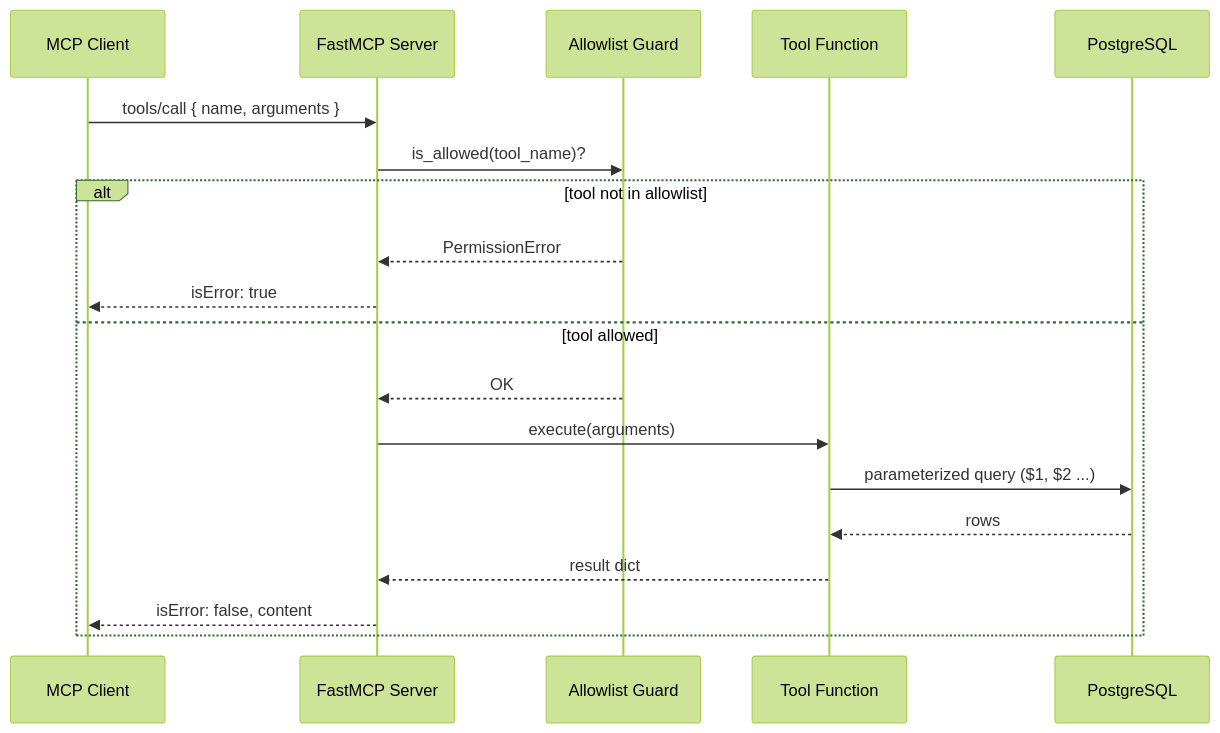
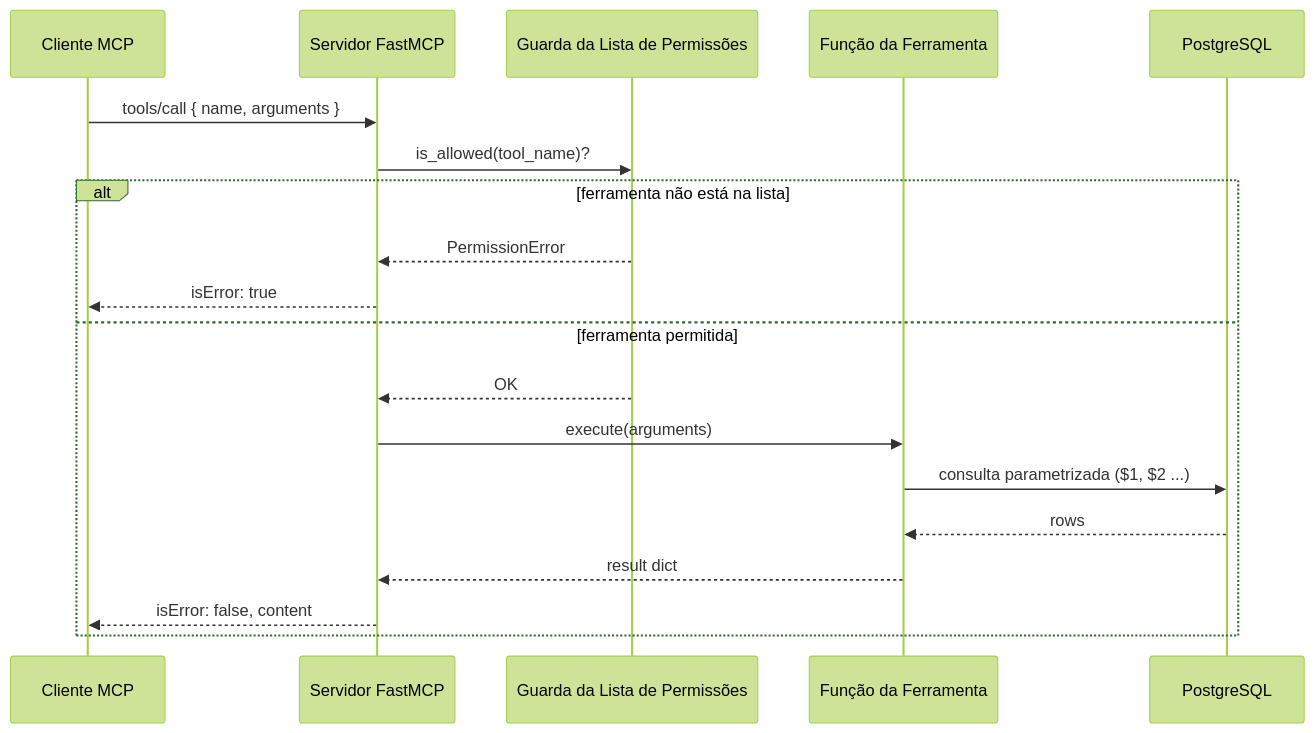
One commit to jrhumberto/fastmcp-public-service changed the second of 8 diagrams in README.md. Above: the diagram before and after it, drawn with Mermaid (forest theme). The commit also changed other lines of this file, not shown here.

````diff
--- a/README.md
+++ b/README.md
@@ -152,22 +199,22 @@
 ```mermaid
 sequenceDiagram
-    participant C as MCP Client
-    participant S as FastMCP Server
-    participant AL as Allowlist Guard
-    participant T as Tool Function
+    participant C as Cliente MCP
+    participant S as Servidor FastMCP
+    participant AL as Guarda da Lista de Permissões
+    participant T as Função da Ferramenta
     participant DB as PostgreSQL
 
     C->>S: tools/call { name, arguments }
     S->>AL: is_allowed(tool_name)?
-    alt tool not in allowlist
+    alt ferramenta não está na lista
         AL-->>S: PermissionError
         S-->>C: isError: true
-    else tool allowed
+    else ferramenta permitida
         AL-->>S: OK
         S->>T: execute(arguments)
-        T->>DB: parameterized query ($1, $2 ...)
+        T->>DB: consulta parametrizada ($1, $2 ...)
         DB-->>T: rows
         T-->>S: result dict
         S-->>C: isError: false, content
     end
 ```
````
